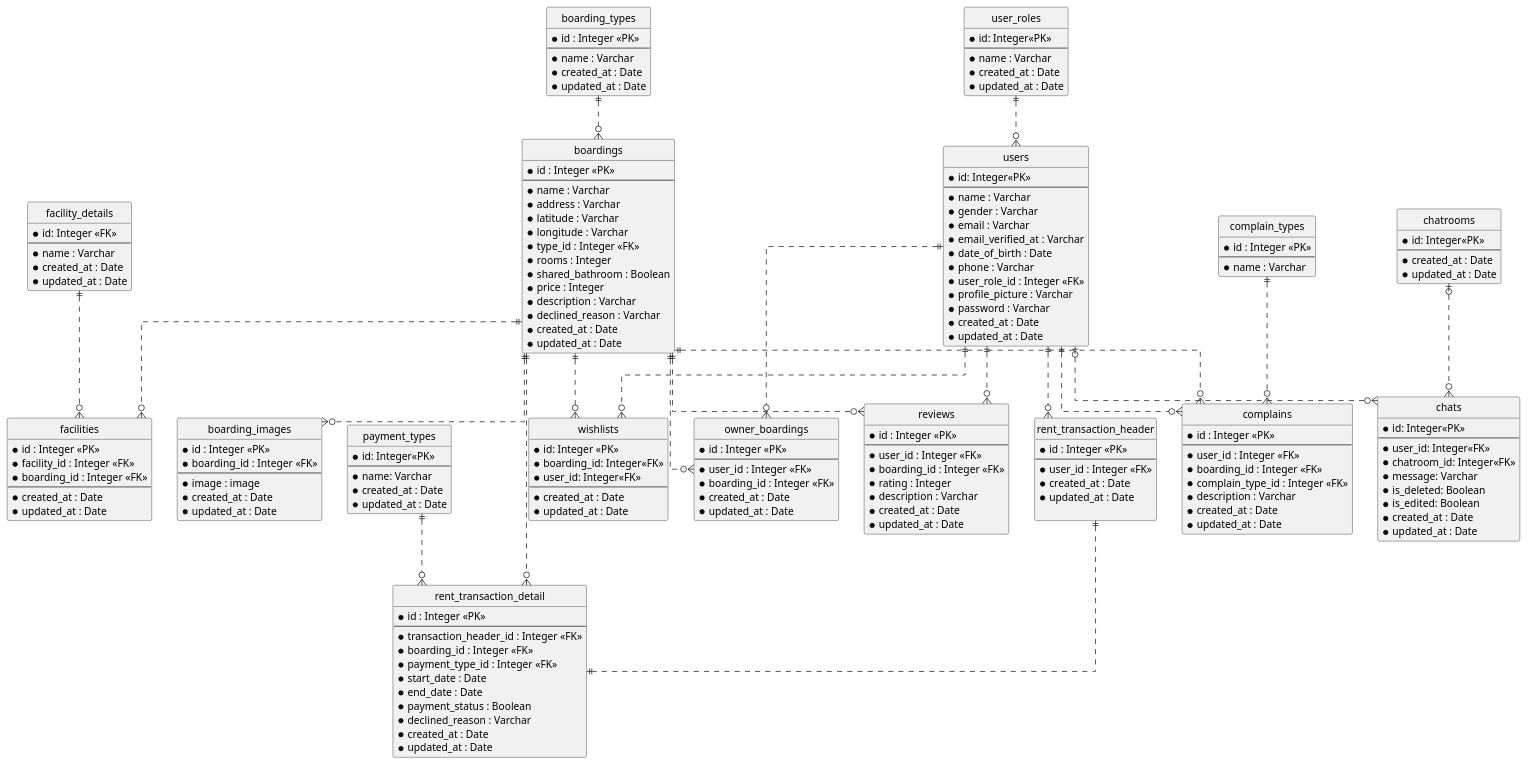
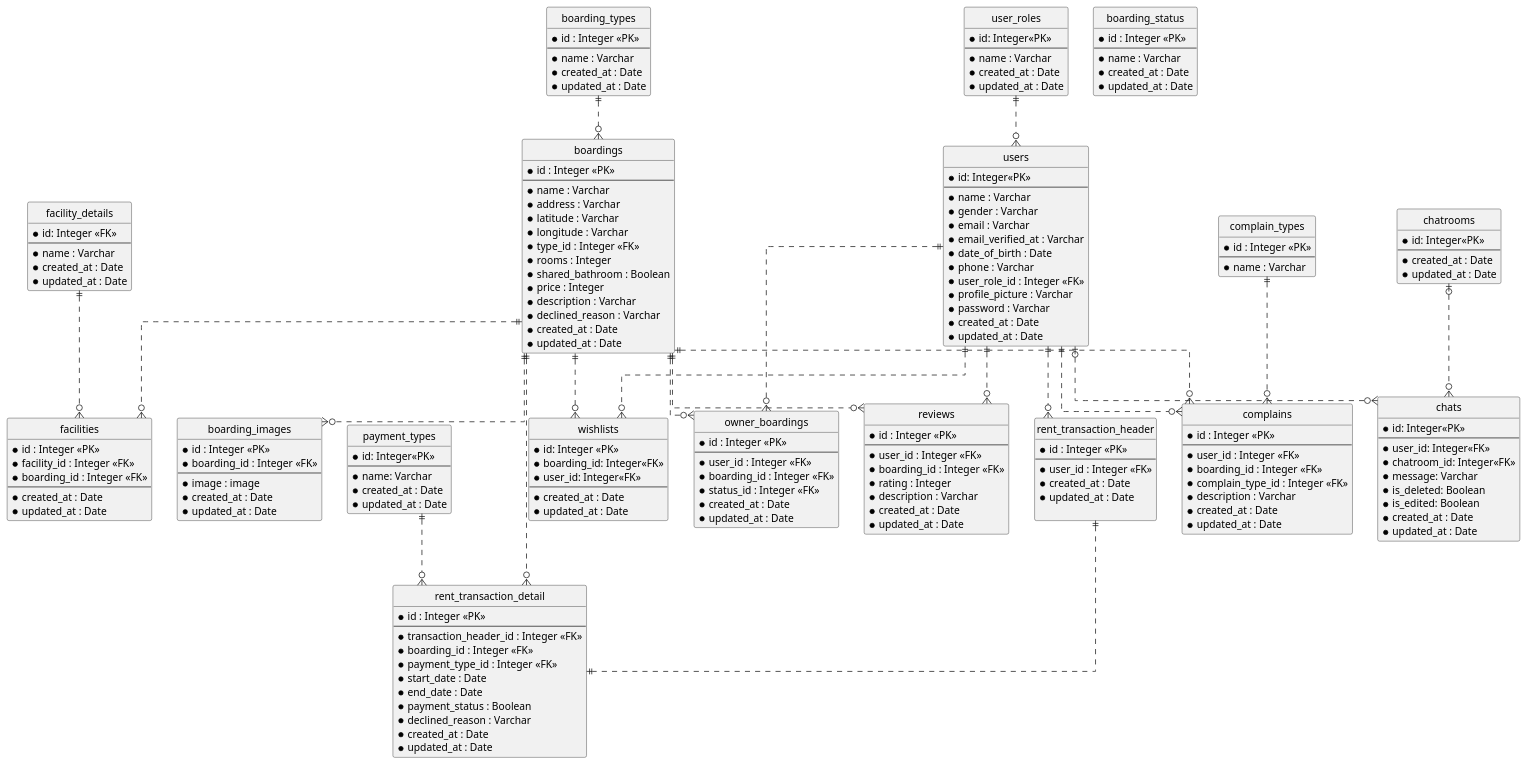
One commit to AntWort21/BHFMS changed the diagram in Design/BHFMS_ERD.puml. Above: the diagram before and after it, drawn with PlantUML. The commit also changed 9 other files, not shown here.

```diff
--- a/Design/BHFMS_ERD.puml
+++ b/Design/BHFMS_ERD.puml
@@ -104,12 +104,21 @@
   *updated_at : Date
 }
 
+entity "boarding_status" as bhst{
+    *id : Integer <<PK>>
+    --
+    *name : Varchar
+    *created_at : Date
+    *updated_at : Date
+}
+
 
 entity "owner_boardings" as lobh {
   *id : Integer <<PK>>
   --
   *user_id : Integer <<FK>>
   *boarding_id : Integer <<FK>>
+  *status_id : Integer <<FK>>
   *created_at : Date
   *updated_at : Date
 }
```
